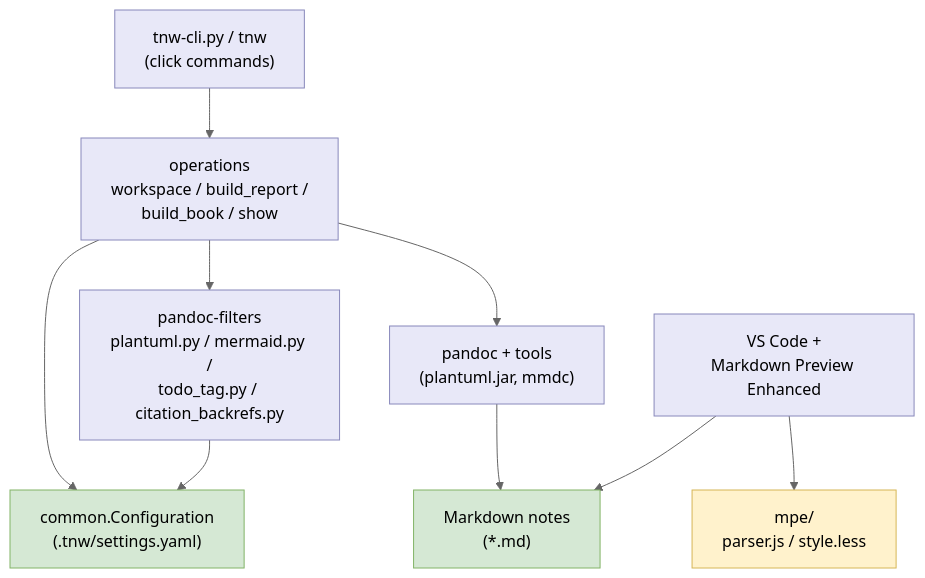
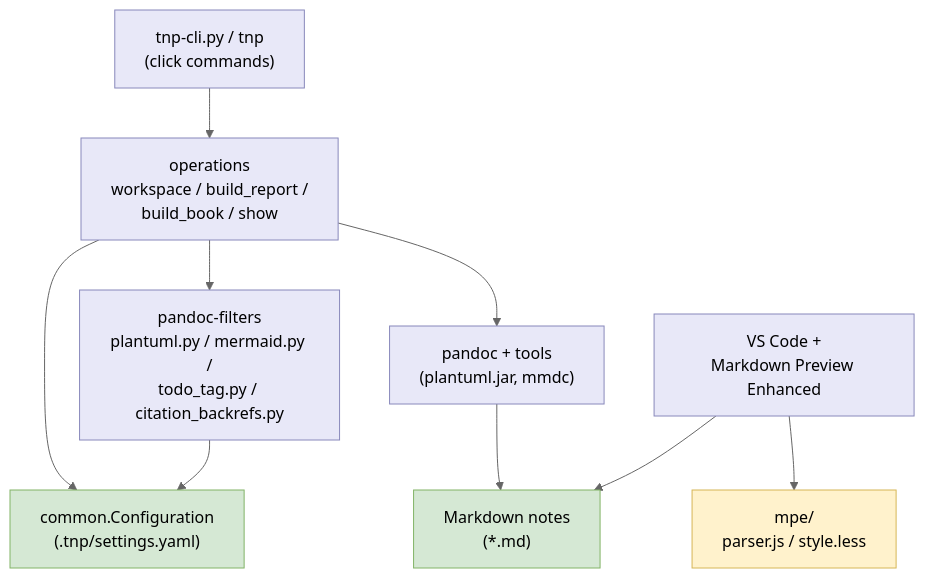
One commit to dgerod/tnp changed the first of 10 diagrams in docs/design.md. Above: the diagram before and after it, drawn with Mermaid (neutral theme). The commit also changed other lines of this file and 116 other files, not shown here.

First line of the commit message:
refactor!: rename 'tnw' to 'tnp'

````diff
--- a/docs/design.md
+++ b/docs/design.md
@@ -25,24 +25,24 @@
 ```mermaid
 flowchart TB
-    CLI["tnw-cli.py / tnw<br>(click commands)"]
+    CLI["tnp-cli.py / tnp<br>(click commands)"]
     OPS["operations<br>workspace / build_report /<br>build_book / show"]
     FIL["pandoc-filters<br>plantuml.py / mermaid.py /<br>todo_tag.py / citation_backrefs.py"]
     PAN["pandoc + tools<br>(plantuml.jar, mmdc)"]
-    CFG["common.Configuration<br>(.tnw/settings.yaml)"]
+    CFG["common.Configuration<br>(.tnp/settings.yaml)"]
     VSC["VS Code +<br>Markdown Preview Enhanced"]
     MD["Markdown notes<br>(*.md)"]
     MPE["mpe/<br>parser.js / style.less"]
     CLI --> OPS
     OPS --> FIL
     OPS --> PAN
     OPS --> CFG
     FIL --> CFG
     PAN --> MD
     VSC --> MD
     VSC --> MPE
     class CFG,MD green
     class MPE yellow
     classDef default fill:#E8E8F8,stroke:#8888BB,color:#000
     classDef green fill:#D5E8D4,stroke:#82B366,color:#000
     classDef yellow fill:#FFF2CC,stroke:#D6B656,color:#000
 ```
````
